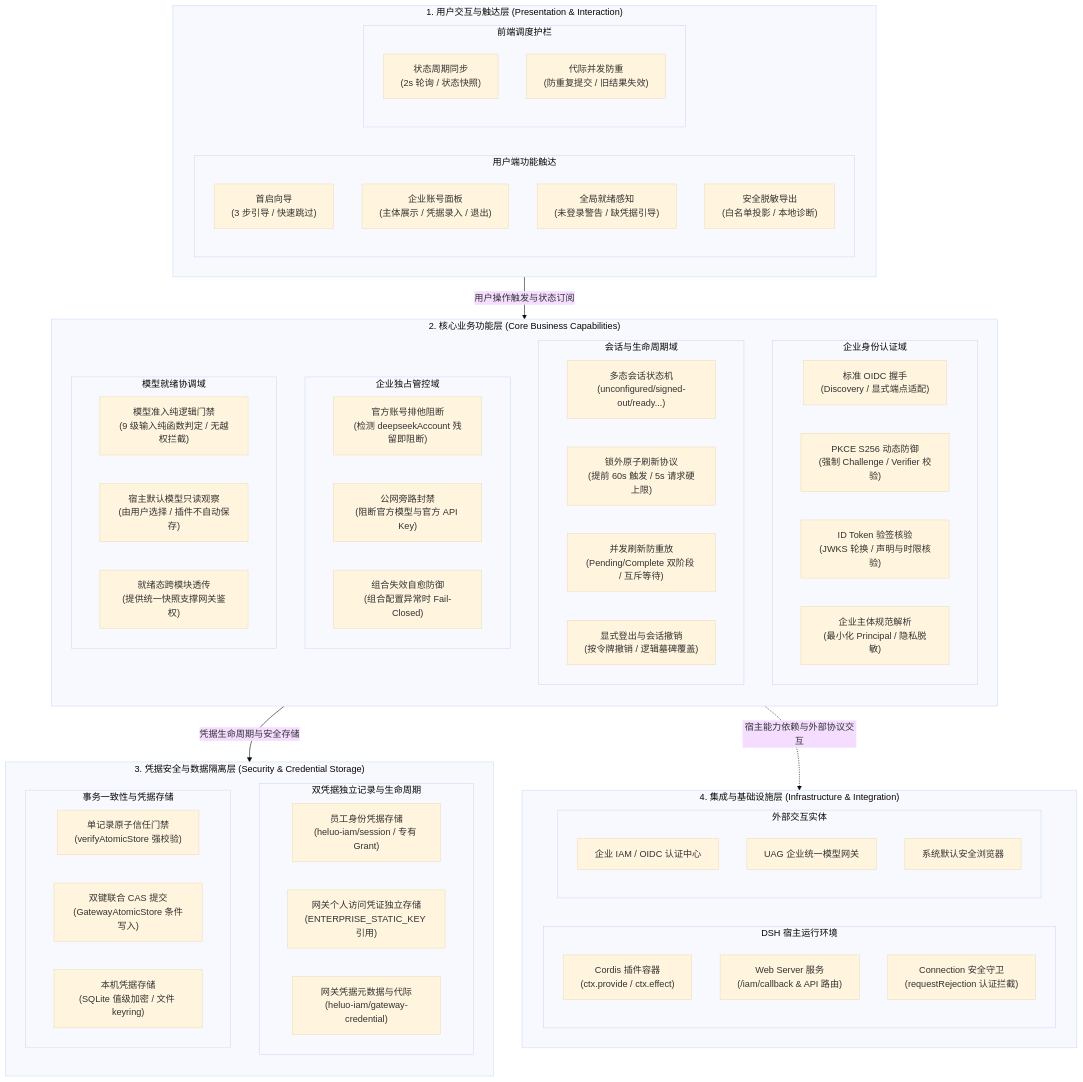
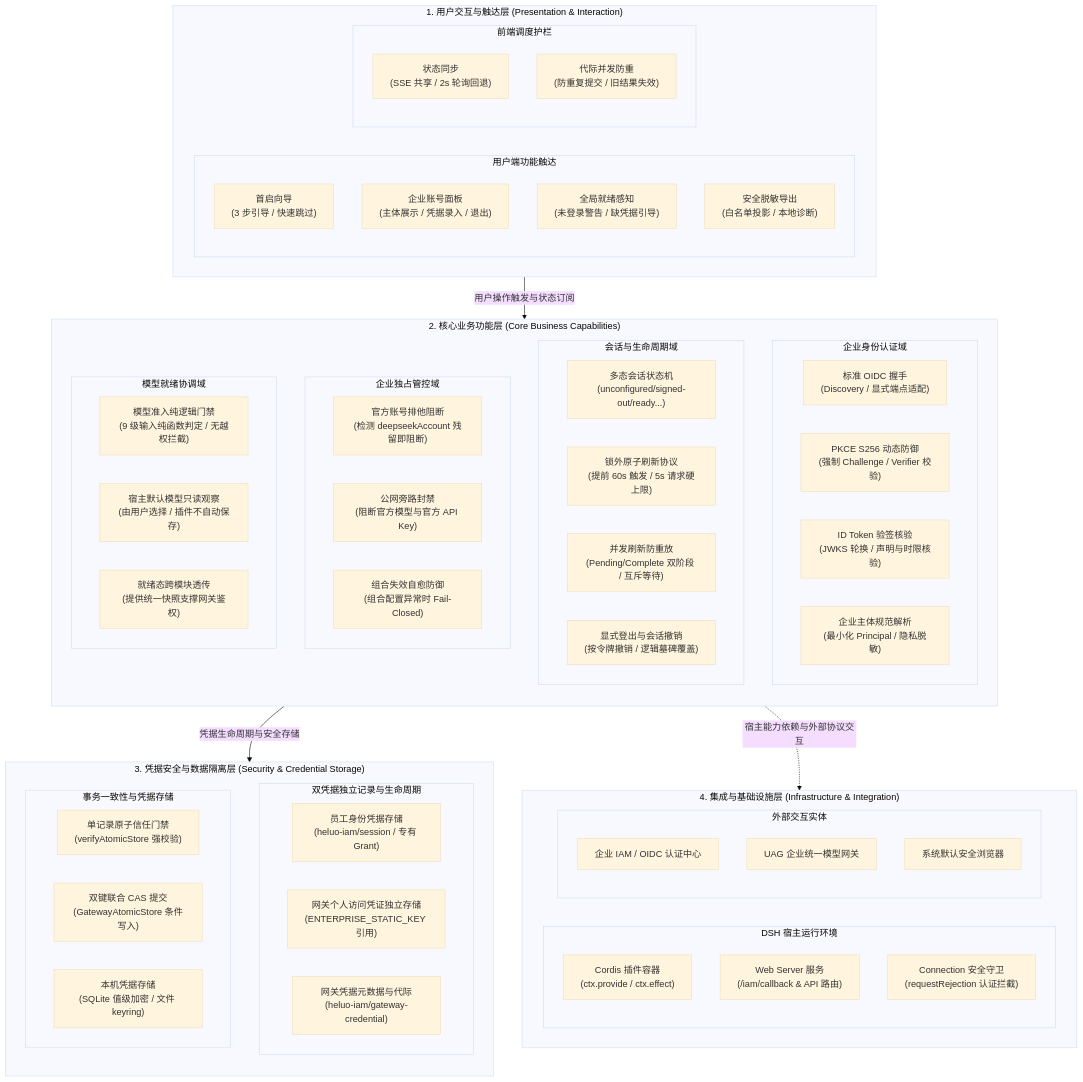
Before and after one commit to hrygo/heluo-forge: the first of 6 diagrams in docs/design/plugins/forge-iam.md, drawn with Mermaid (base theme). The commit also changed other lines of this file and 41 other files, not shown here.

```diff
--- a/docs/design/plugins/forge-iam.md
+++ b/docs/design/plugins/forge-iam.md
@@ -125,7 +125,7 @@
       F_Diag["安全脱敏导出<br/>(白名单投影 / 本地诊断)"]
     end
     subgraph UI_Dispatch["前端调度护栏"]
-      F_Poll["状态周期同步<br/>(2s 轮询 / 状态快照)"]
+      F_Poll["状态同步<br/>(SSE 共享 / 2s 轮询回退)"]
       F_Guard["代际并发防重<br/>(防重复提交 / 旧结果失效)"]
     end
   end
```
